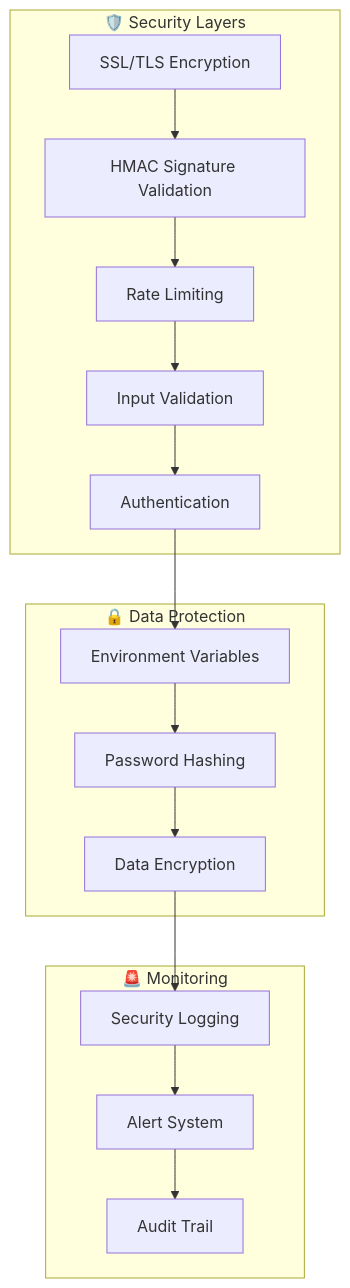
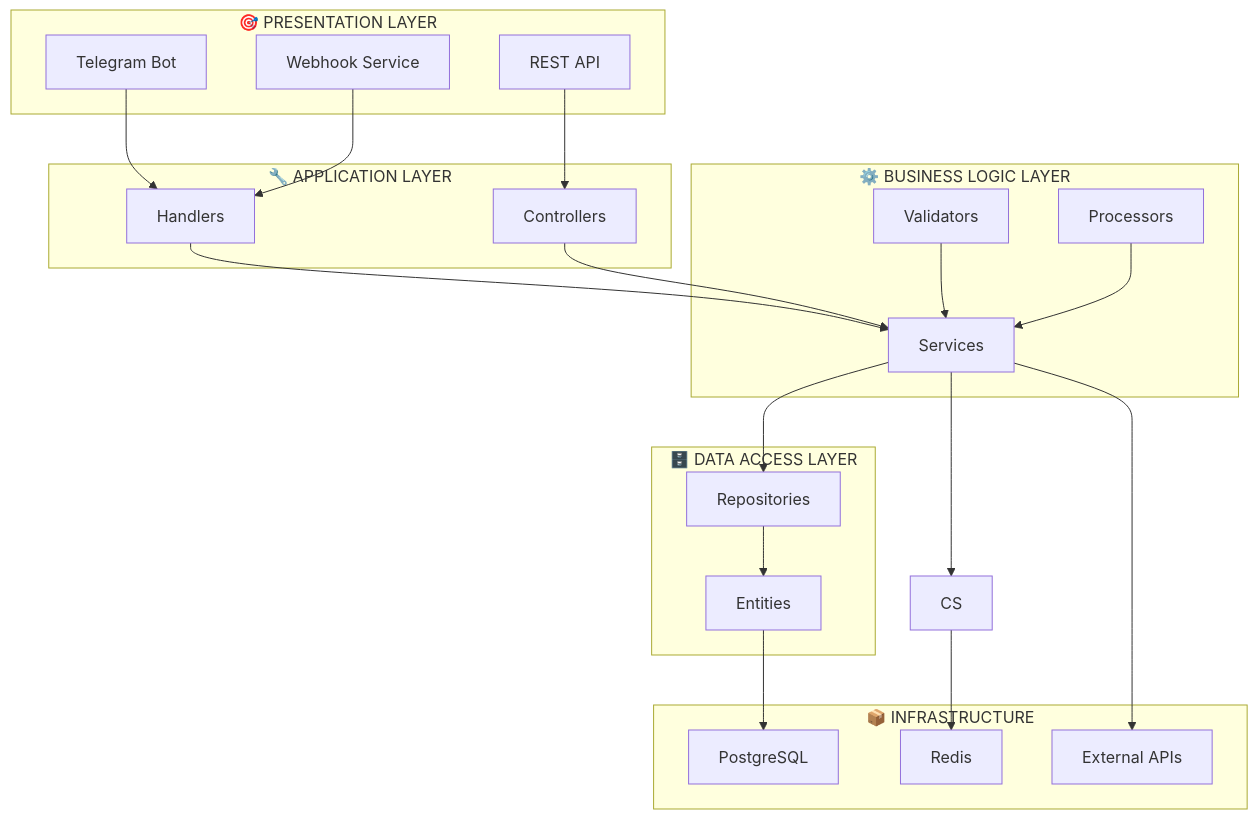
One commit to neKamita/Mirza-Telegram-Shop-Bot changed the second of 9 diagrams in docs/ARCHITECTURE.md. Above: the diagram before and after it, drawn with Mermaid. The commit also changed other lines of this file and 23 other files, not shown here.

````diff
--- a/docs/ARCHITECTURE.md
+++ b/docs/ARCHITECTURE.md
@@ -317,36 +81,48 @@
 ```mermaid
 graph TD
-    subgraph "🛡️ Security Layers"
-        SSL[SSL/TLS Encryption]
-        HMAC[HMAC Signature Validation]
-        RATE[Rate Limiting]
-        VALID[Input Validation]
-        AUTH[Authentication]
+    subgraph "🎯 PRESENTATION LAYER"
+        PL_TG[Telegram Bot]
+        PL_REST[REST API]
+        PL_WEBHOOK[Webhook Service]
     end
     
-    subgraph "🔒 Data Protection"
-        ENV[Environment Variables]
-        HASH[Password Hashing]
-        ENCRYPT[Data Encryption]
+    subgraph "🔧 APPLICATION LAYER"
+        AL_HANDLERS[Handlers]
+        AL_CONTROLLERS[Controllers]
     end
     
-    subgraph "🚨 Monitoring"
-        LOG[Security Logging]
-        ALERT[Alert System]
-        AUDIT[Audit Trail]
+    subgraph "⚙️ BUSINESS LOGIC LAYER"
+        BLL_SERVICES[Services]
+        BLL_VALIDATORS[Validators]
+        BLL_PROCESSORS[Processors]
     end
     
-    SSL --> HMAC
-    HMAC --> RATE
-    RATE --> VALID
-    VALID --> AUTH
+    subgraph "🗄️ DATA ACCESS LAYER"
+        DAL_REPOSITORIES[Repositories]
+        DAL_ENTITIES[Entities]
+    end
     
-    AUTH --> ENV
-    ENV --> HASH
-    HASH --> ENCRYPT
+    subgraph "📦 INFRASTRUCTURE"
+        INF_DB[PostgreSQL]
+        INF_CACHE[Redis]
+        INF_EXTERNAL[External APIs]
+    end
     
-    ENCRYPT --> LOG
-    LOG --> ALERT
-    ALERT --> AUDIT
+    PL_TG --> AL_HANDLERS
+    PL_REST --> AL_CONTROLLERS
+    PL_WEBHOOK --> AL_HANDLERS
     
+    AL_HANDLERS --> BLL_SERVICES
+    AL_CONTROLLERS --> BLL_SERVICES
+    
+    BLL_SERVICES --> DAL_REPOSITORIES
+    BLL_VALIDATORS --> BLL_SERVICES
+    BLL_PROCESSORS --> BLL_SERVICES
+    
+    DAL_REPOSITORIES --> DAL_ENTITIES
+    DAL_ENTITIES --> INF_DB
+    BLL_SERVICES --> CS
+    CS --> INF_CACHE
+    
+    BLL_SERVICES --> INF_EXTERNAL
 ```
````
